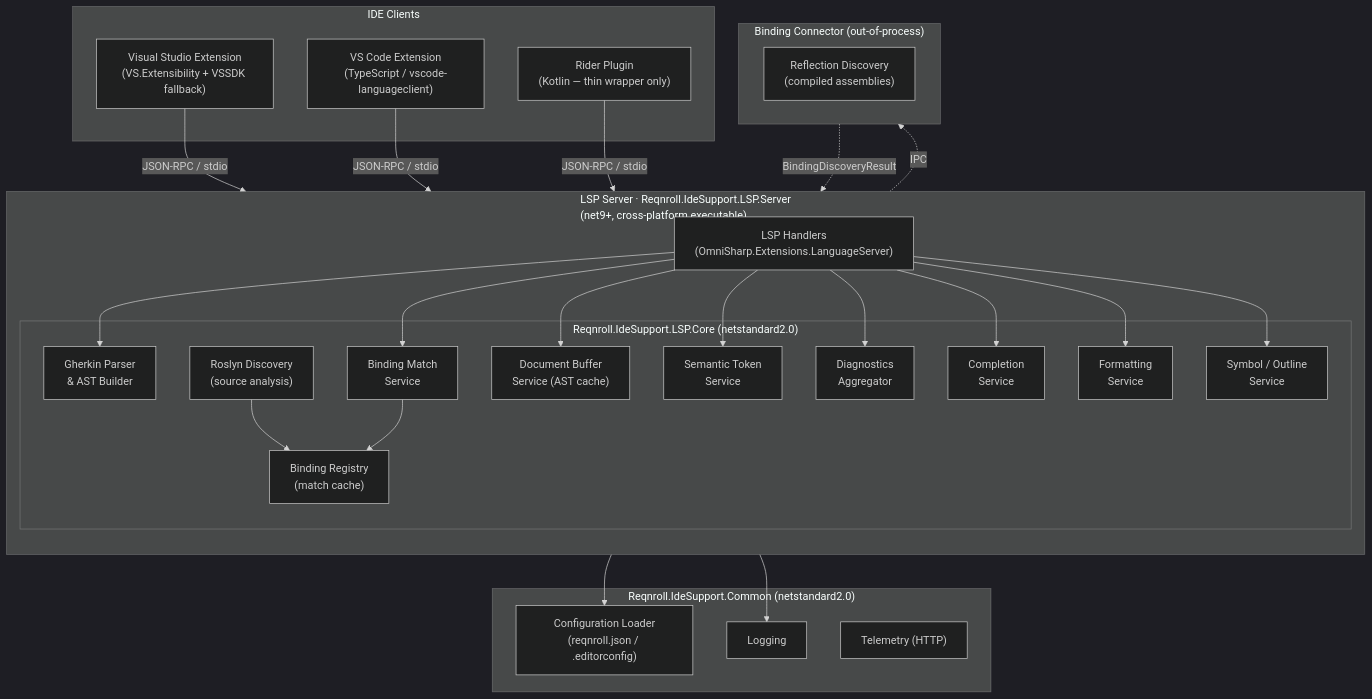
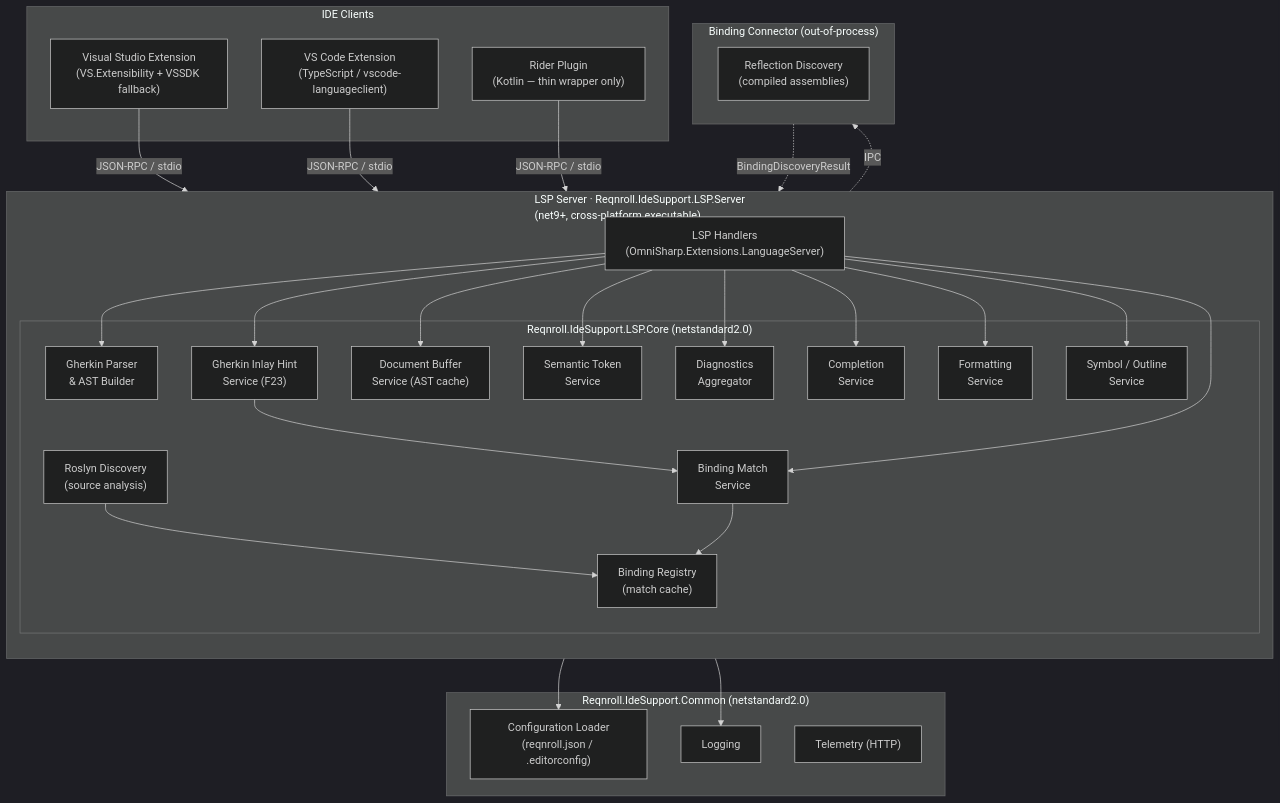
One commit to clrudolphi/Reqnroll.IdeSupport changed the diagram in docs/LSP-IDE-Support-Architecture.md. Above: the diagram before and after it, drawn with Mermaid (dark theme). The commit also changed other lines of this file and 3 other files, not shown here.

````diff
--- a/docs/LSP-IDE-Support-Architecture.md
+++ b/docs/LSP-IDE-Support-Architecture.md
@@ -126,57 +126,60 @@
 ```mermaid
 graph TB
     subgraph Editors["IDE Clients"]
         VSCode["VS Code Extension\n(TypeScript / vscode-languageclient)"]
         VS["Visual Studio Extension\n(VS.Extensibility + VSSDK fallback)"]
         Rider["Rider Plugin\n(Kotlin — thin wrapper only)"]
     end
 
     subgraph Server["LSP Server  ·  Reqnroll.IdeSupport.LSP.Server\n(net9+, cross-platform executable)"]
         direction TB
         Handlers["LSP Handlers\n(OmniSharp.Extensions.LanguageServer)"]
 
         subgraph Core["Reqnroll.IdeSupport.LSP.Core  (netstandard2.0)"]
             GherkinParser["Gherkin Parser\n& AST Builder"]
             DocBuffer["Document Buffer\nService (AST cache)"]
             RoslynDiscovery["Roslyn Discovery\n(source analysis)"]
             BindingRegistry["Binding Registry\n(match cache)"]
             SemTokenSvc["Semantic Token\nService"]
             DiagSvc["Diagnostics\nAggregator"]
             CompletionSvc["Completion\nService"]
             FmtSvc["Formatting\nService"]
             BindingMatch["Binding Match\nService"]
             SymbolSvc["Symbol / Outline\nService"]
+            InlayHintSvc["Gherkin Inlay Hint\nService (F23)"]
 
             RoslynDiscovery --> BindingRegistry
             BindingMatch --> BindingRegistry
+            InlayHintSvc --> BindingMatch
         end
 
         Handlers --> GherkinParser
         Handlers --> DocBuffer
         Handlers --> SemTokenSvc
         Handlers --> DiagSvc
         Handlers --> CompletionSvc
         Handlers --> FmtSvc
         Handlers --> BindingMatch
         Handlers --> SymbolSvc
+        Handlers --> InlayHintSvc
     end
 
     subgraph Connector["Binding Connector  (out-of-process)"]
         ReflectionDiscovery["Reflection Discovery\n(compiled assemblies)"]
     end
 
     subgraph Common["Reqnroll.IdeSupport.Common  (netstandard2.0)"]
         ConfigLoader["Configuration Loader\n(reqnroll.json / .editorconfig)"]
         Logging["Logging"]
         Telemetry["Telemetry (HTTP)"]
     end
 
     VS     -->|"JSON-RPC / stdio"| Handlers
     VSCode -->|"JSON-RPC / stdio"| Handlers
     Rider  -->|"JSON-RPC / stdio"| Handlers
 
     Core   --> ConfigLoader
     Core   --> Logging
     Server -.->|"IPC"| Connector
     Connector -.->|"BindingDiscoveryResult"| BindingRegistry
 ```
````
